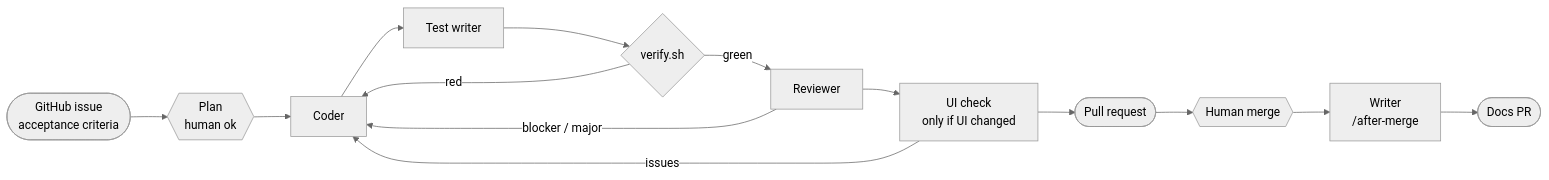
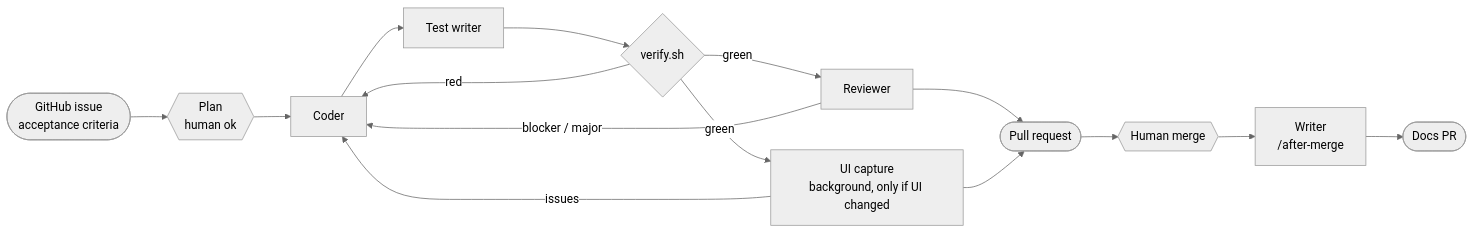
The diagram in README.md (alicankurt1/Vadem-iOS), drawn with Mermaid (neutral theme) before and after one commit. The commit also changed other lines of this file and 2 other files, not shown here.

````diff
--- a/README.md
+++ b/README.md
@@ -19,16 +19,17 @@
 ```mermaid
 flowchart LR
     I([GitHub issue<br/>acceptance criteria]) --> P{{Plan<br/>human ok}}
     P --> C[Coder]
     C --> T[Test writer]
     T --> V{verify.sh}
     V -- red --> C
     V -- green --> R[Reviewer]
     R -- blocker / major --> C
-    R --> U[UI check<br/>only if UI changed]
+    V -- green --> U[UI capture<br/>background, only if UI changed]
     U -- issues --> C
-    U --> PR([Pull request])
+    R --> PR([Pull request])
+    U --> PR
     PR --> H{{Human merge}}
     H --> W[Writer<br/>/after-merge]
     W --> D([Docs PR])
 ```
````
